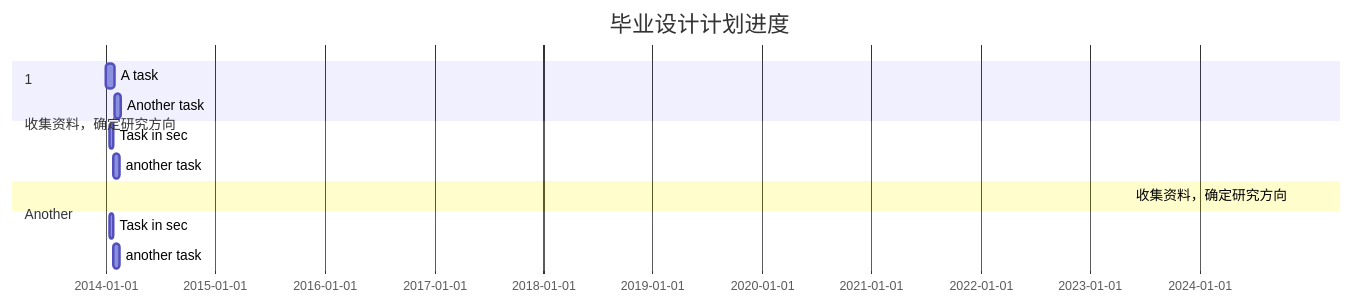
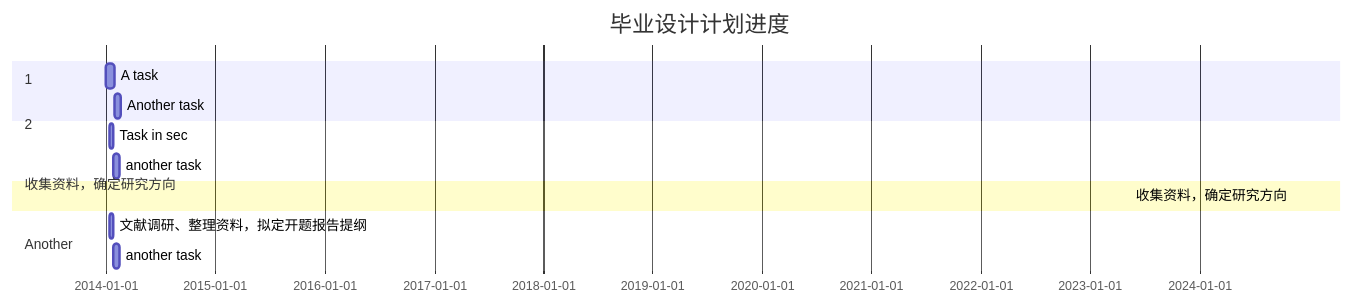
The diagram in all/未命名.md (Kelseyyz/iodraw-files), drawn with Mermaid before and after one commit.

Commit message:
2024-12-30 11:01:12 update

````diff
--- a/all/未命名.md
+++ b/all/未命名.md
@@ -1,20 +1,20 @@
 ```mermaid
 gantt
     title 毕业设计计划进度
     dateFormat  YYYY-MM-DD
     
     section 收集资料，确定研究方向
     A task           :a1, 2014-01-01, 30d
     Another task     :after a1  , 20d
     section Another
     Task in sec      :2014-01-12  , 12d
     another task      : 24d
 
 
     section 1
     收集资料，确定研究方向           : 2024-11-10, 
 
-    section Another
-    Task in sec      :2014-01-12  , 12d
+    section 2
+    文献调研、整理资料，拟定开题报告提纲      :2014-01-12  , 12d
     another task      : 24d
 ```
````
